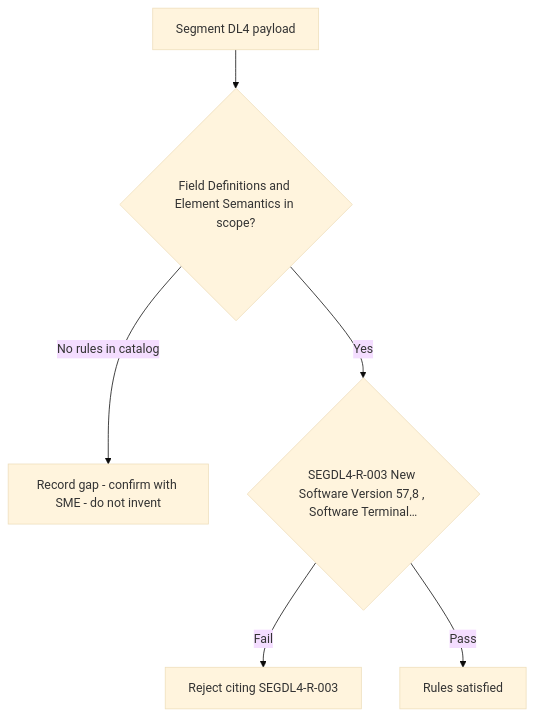
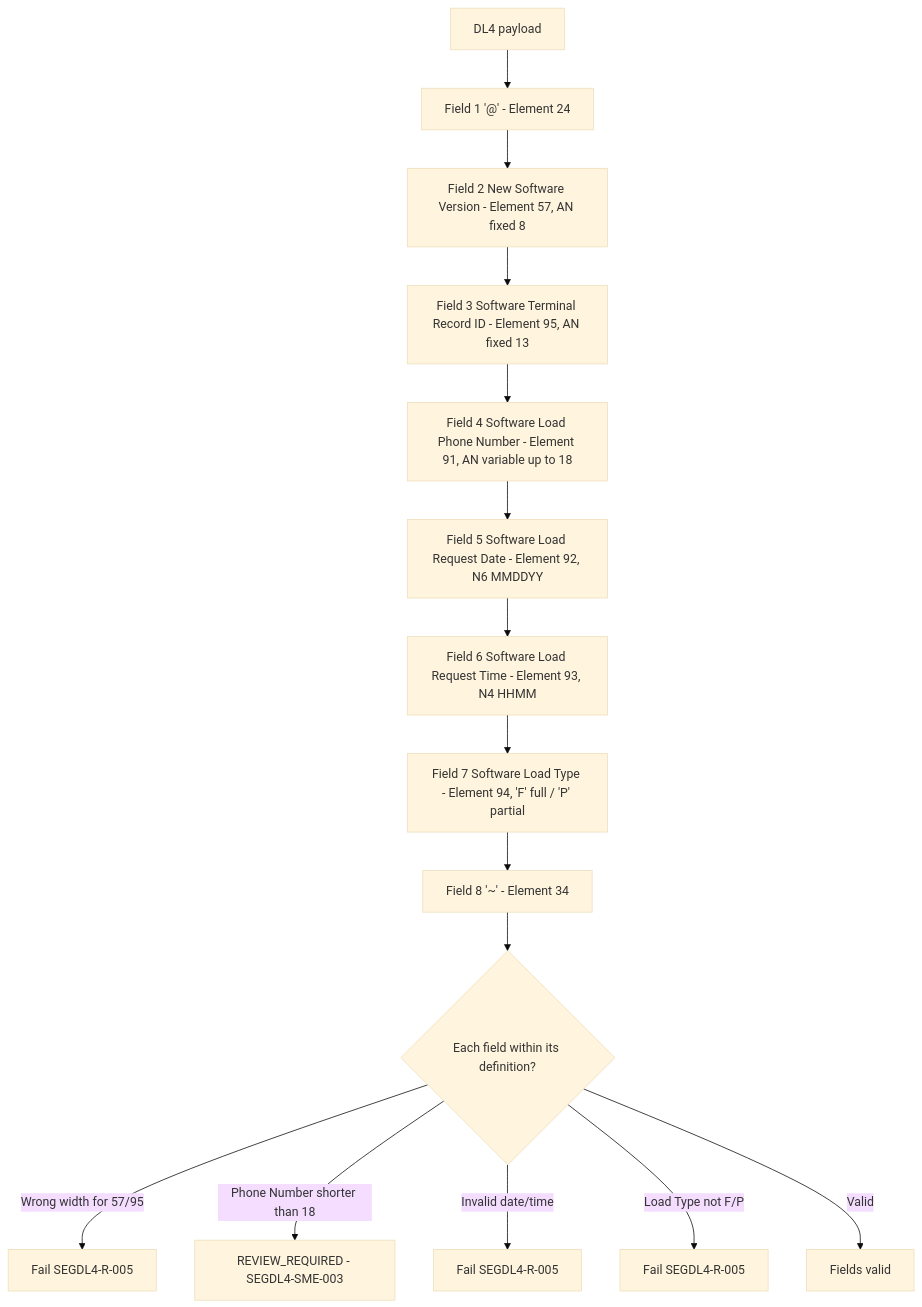
The diagram in regression-artifact-validator/specifications/ATL105/docs/specs/kb/segment-DL4/field-definitions-flow.md (DhanSingh-hub/core-auth-ai-validation-framework), drawn with Mermaid (base theme) before and after one commit. The commit also changed other lines of this file and 28 other files, not shown here.

First line of the commit message:
docs(segment-DL4): retrain KB module against Segment 100, 11.7.4 Software Load and 10.10 software update processing

````diff
--- a/regression-artifact-validator/specifications/ATL105/docs/specs/kb/segment-DL4/field-definitions-flow.md
+++ b/regression-artifact-validator/specifications/ATL105/docs/specs/kb/segment-DL4/field-definitions-flow.md
@@ -3,8 +3,17 @@
 ```mermaid
 flowchart TD
-    A[Segment DL4 payload] --> B{Field Definitions and Element Semantics in scope?}
-    B -->|No rules in catalog| G[Record gap - confirm with SME - do not invent]
-    B -->|Yes| R1{SEGDL4-R-003 New Software Version 57,8 , Software Terminal…}
-    R1 -->|Fail| X1[Reject citing SEGDL4-R-003]
-    R1 -->|Pass| Z[Rules satisfied]
+    A[DL4 payload] --> F1["Field 1 '@' - Element 24"]
+    F1 --> F2[Field 2 New Software Version - Element 57, AN fixed 8]
+    F2 --> F3[Field 3 Software Terminal Record ID - Element 95, AN fixed 13]
+    F3 --> F4[Field 4 Software Load Phone Number - Element 91, AN variable up to 18]
+    F4 --> F5[Field 5 Software Load Request Date - Element 92, N6 MMDDYY]
+    F5 --> F6[Field 6 Software Load Request Time - Element 93, N4 HHMM]
+    F6 --> F7["Field 7 Software Load Type - Element 94, 'F' full / 'P' partial"]
+    F7 --> F8["Field 8 '~' - Element 34"]
+    F8 --> Q{Each field within its definition?}
+    Q -->|Wrong width for 57/95| X5a[Fail SEGDL4-R-005]
+    Q -->|Phone Number shorter than 18| R3[REVIEW_REQUIRED - SEGDL4-SME-003]
+    Q -->|Invalid date/time| X5b[Fail SEGDL4-R-005]
+    Q -->|Load Type not F/P| X5c[Fail SEGDL4-R-005]
+    Q -->|Valid| OK[Fields valid]
 ```
````
